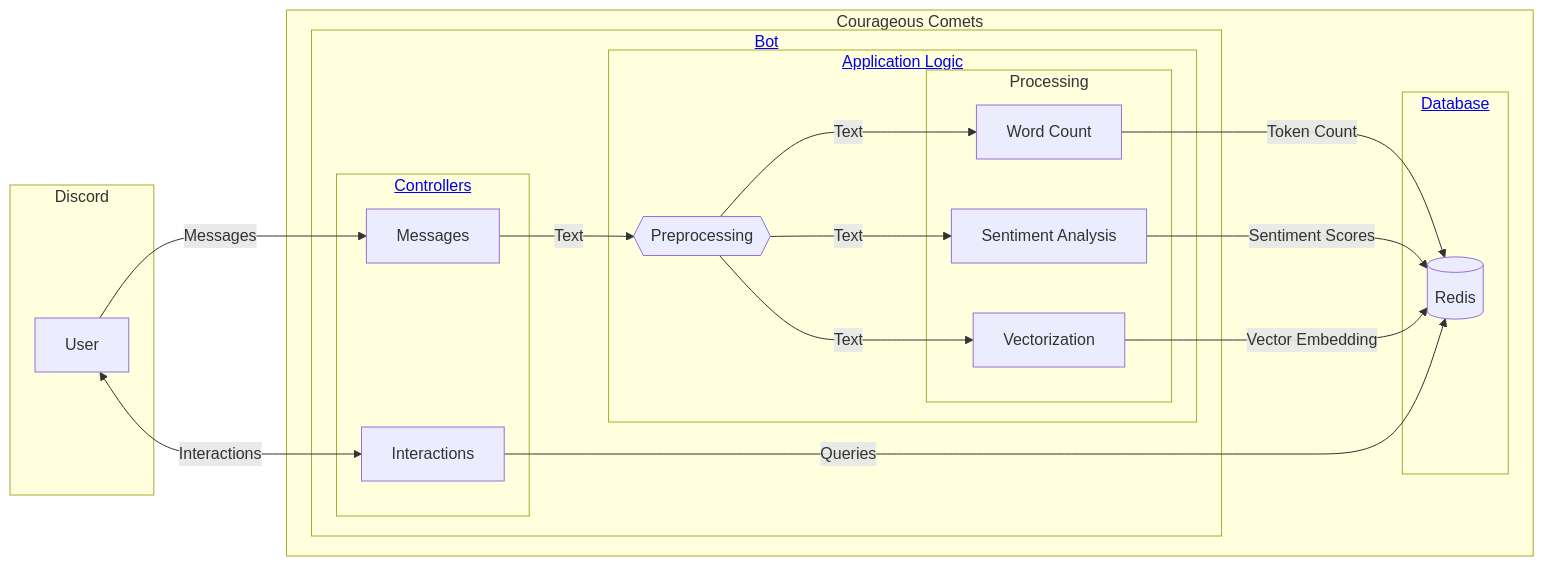
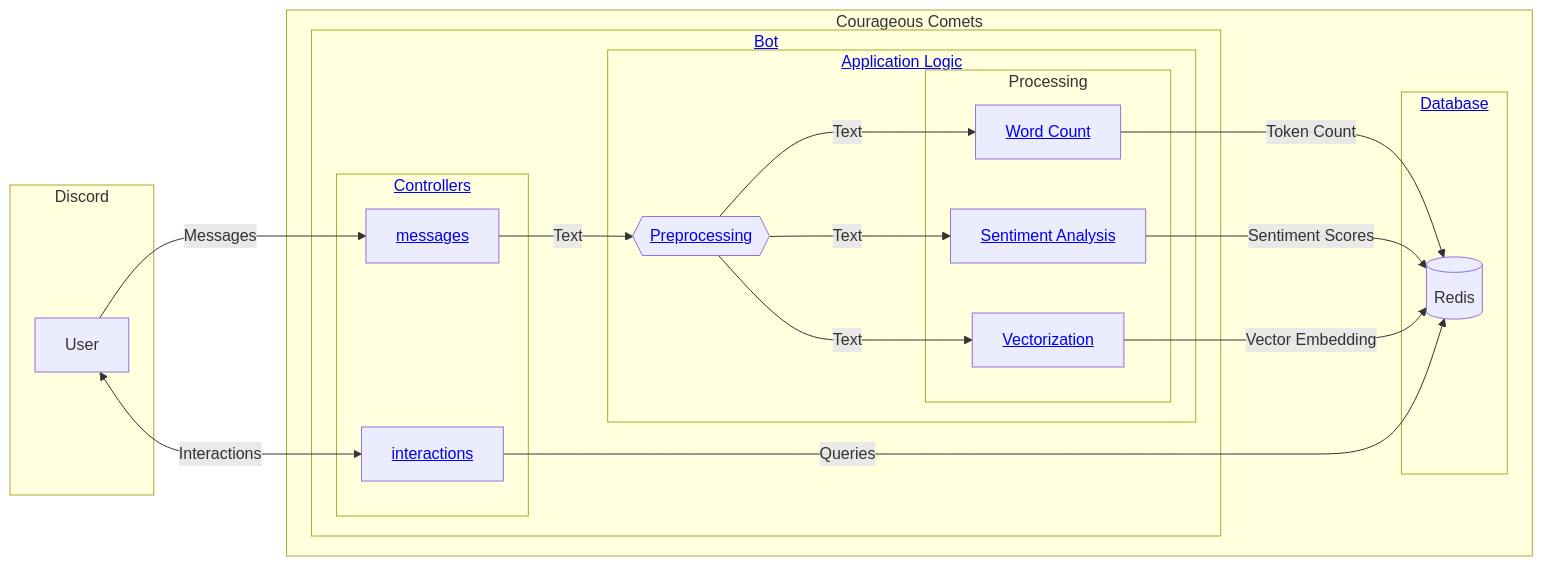
One commit to thijsfranck/courageous-comets changed the first of 2 diagrams in docs/contributor-guide/architecture-design.md. Above: the diagram before and after it, drawn with Mermaid. The commit also changed other lines of this file, not shown here.

Commit message:
docs: add design notes for analysis steps

````diff
--- a/docs/contributor-guide/architecture-design.md
+++ b/docs/contributor-guide/architecture-design.md
@@ -10,37 +10,37 @@
 ```mermaid
 graph LR
     subgraph Discord
         User["User"]
     end
 
     subgraph Courageous Comets
         subgraph Bot[<a href='#bot'>Bot</a>]
             subgraph Controllers[<a href='#controllers'>Controllers</a>]
-                MessagesCog["Messages"]
-                Interactions["Interactions"]
+                MessagesCog[<a href='#messages'>messages</a>]
+                Interactions[<a href='#interactions'>interactions</a>]
             end
             subgraph ApplicationLogic[<a href='#application-logic'>Application Logic</a>]
-                Preprocessing{{"Preprocessing"}}
+                Preprocessing{{<a href='#preprocessing'>Preprocessing</a>}}
                 subgraph Processing
-                    WordCount["Word Count"]
-                    Sentiment["Sentiment Analysis"]
-                    Vectorization["Vectorization"]
+                    WordCount[<a href='#word-count'>Word Count</a>]
+                    Sentiment[<a href='#sentiment-analysis'>Sentiment Analysis</a>]
+                    Vectorization[<a href='#vectorization'>Vectorization</a>]
                 end
             end
         end
         subgraph Storage[<a href='#database'>Database</a>]
             Redis[("Redis")]
         end
     end
 
     User -->|"Messages"| MessagesCog
     MessagesCog -->|"Text"| Preprocessing
     Preprocessing --->|"Text"| WordCount
     Preprocessing --->|"Text"| Sentiment
     Preprocessing --->|"Text"| Vectorization
     WordCount -->|"Token Count"| Redis
     Sentiment -->|"Sentiment Scores"| Redis
     Vectorization -->|"Vector Embedding"| Redis
     User <-->|"Interactions"| Interactions
     Interactions -->|"Queries"| Redis
 ```
````
